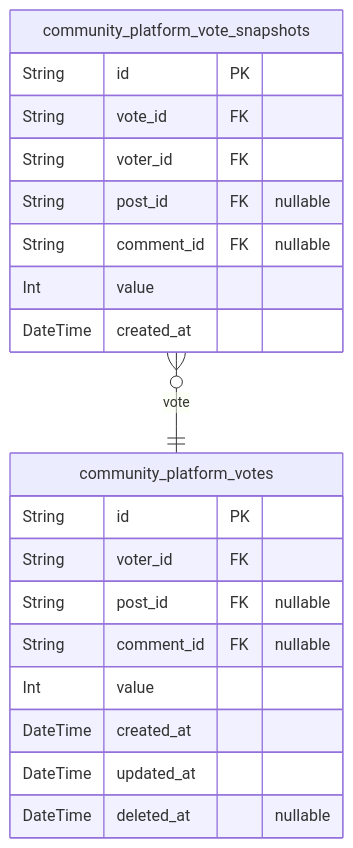
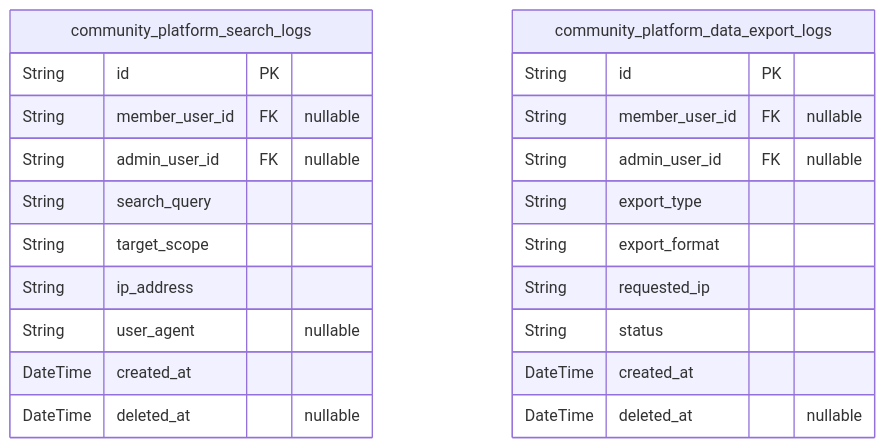
One commit to wrtnlabs/autobe-example-reddit-openai-gpt-4.1 changed the sixth of 6 diagrams in docs/ERD.md. Above: the diagram before and after it, drawn with Mermaid. The commit also changed other lines of this file and 820 other files, not shown here.

````diff
--- a/docs/ERD.md
+++ b/docs/ERD.md
@@ -757,23 +675,25 @@
 ```mermaid
 erDiagram
-"community_platform_votes" {
+"community_platform_search_logs" {
   String id PK
-  String voter_id FK
-  String post_id FK "nullable"
-  String comment_id FK "nullable"
-  Int value
+  String member_user_id FK "nullable"
+  String admin_user_id FK "nullable"
+  String search_query
+  String target_scope
+  String ip_address
+  String user_agent "nullable"
   DateTime created_at
-  DateTime updated_at
   DateTime deleted_at "nullable"
 }
-"community_platform_vote_snapshots" {
+"community_platform_data_export_logs" {
   String id PK
-  String vote_id FK
-  String voter_id FK
-  String post_id FK "nullable"
-  String comment_id FK "nullable"
-  Int value
+  String member_user_id FK "nullable"
+  String admin_user_id FK "nullable"
+  String export_type
+  String export_format
+  String requested_ip
+  String status
   DateTime created_at
+  DateTime deleted_at "nullable"
 }
-"community_platform_vote_snapshots" }o--|| "community_platform_votes" : vote
 ```
````
